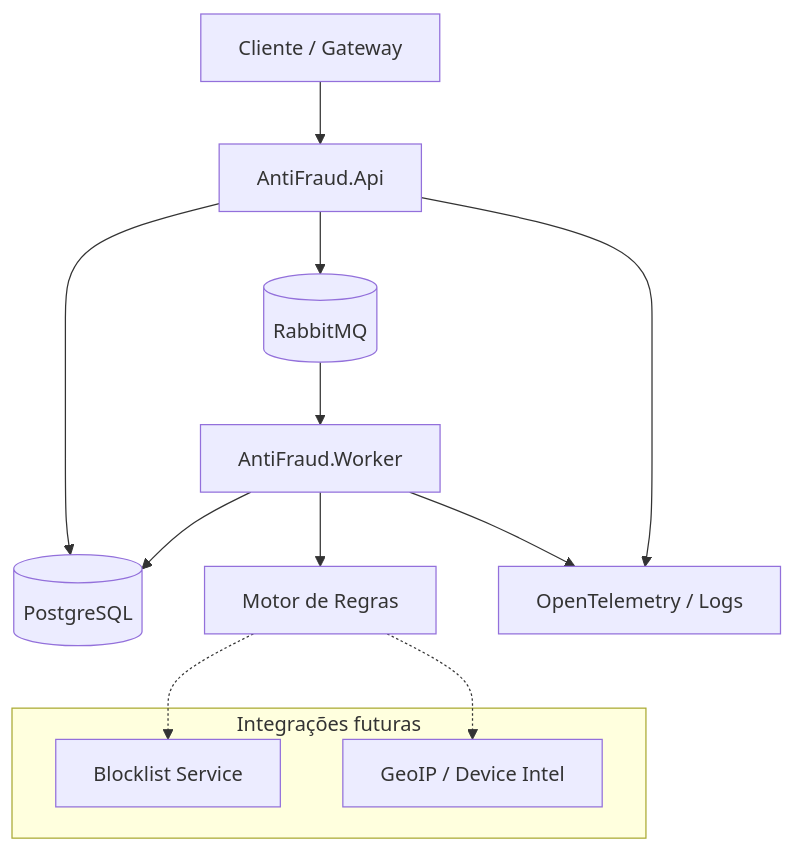
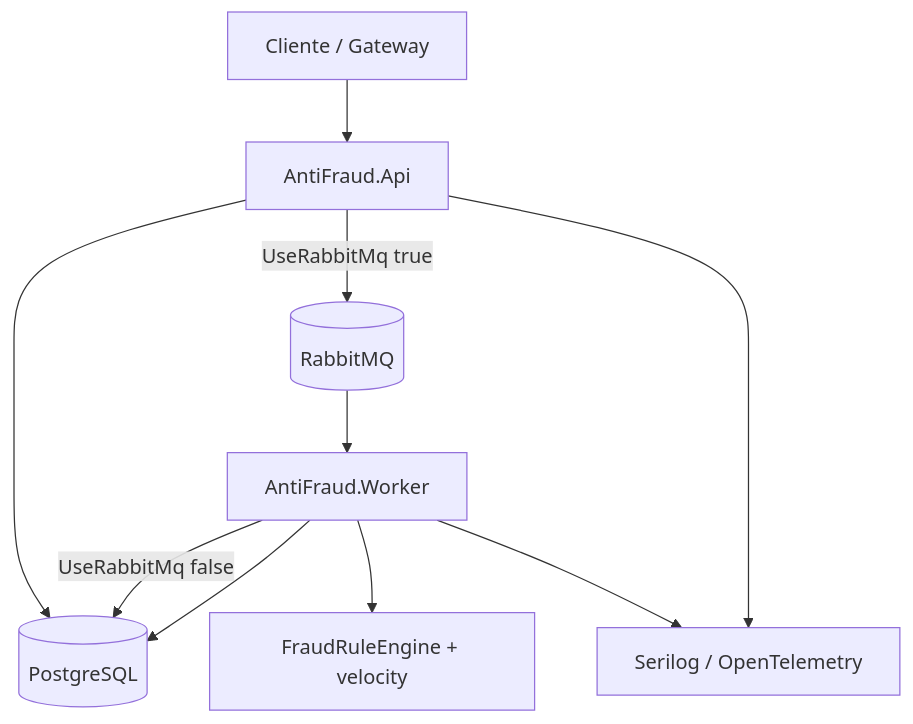
One commit to BoscoBecker/Antifraude-dotnet changed the first of 2 diagrams in README.md. Above: the diagram before and after it, drawn with Mermaid. The commit also changed other lines of this file and 19 other files, not shown here.

````diff
--- a/README.md
+++ b/README.md
@@ -59,17 +59,12 @@
 ```mermaid
 flowchart TB
     Client[Cliente / Gateway] --> API[AntiFraud.Api]
     API --> PG[(PostgreSQL)]
-    API --> RMQ[(RabbitMQ)]
+    API -->|UseRabbitMq true| RMQ[(RabbitMQ)]
     RMQ --> Worker[AntiFraud.Worker]
+    Worker -->|UseRabbitMq false| PG
     Worker --> PG
-    Worker --> Rules[Motor de Regras]
-    API --> OTEL[OpenTelemetry / Logs]
-    Worker --> OTEL
-    subgraph Integrações futuras
-        BL[Blocklist Service]
-        Geo[GeoIP / Device Intel]
-    end
-    Rules -.-> BL
-    Rules -.-> Geo
+    Worker --> Rules[FraudRuleEngine + velocity]
+    API --> Logs[Serilog / OpenTelemetry]
+    Worker --> Logs
 ```
````
